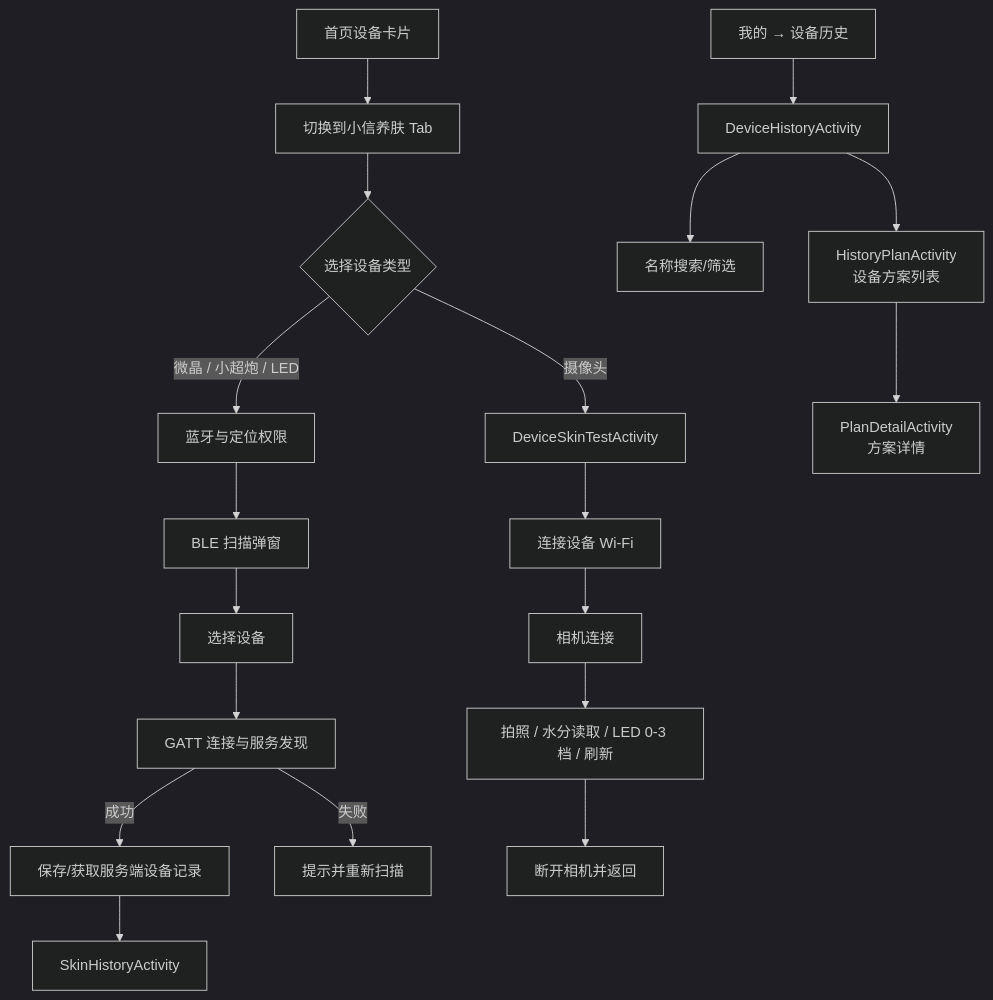
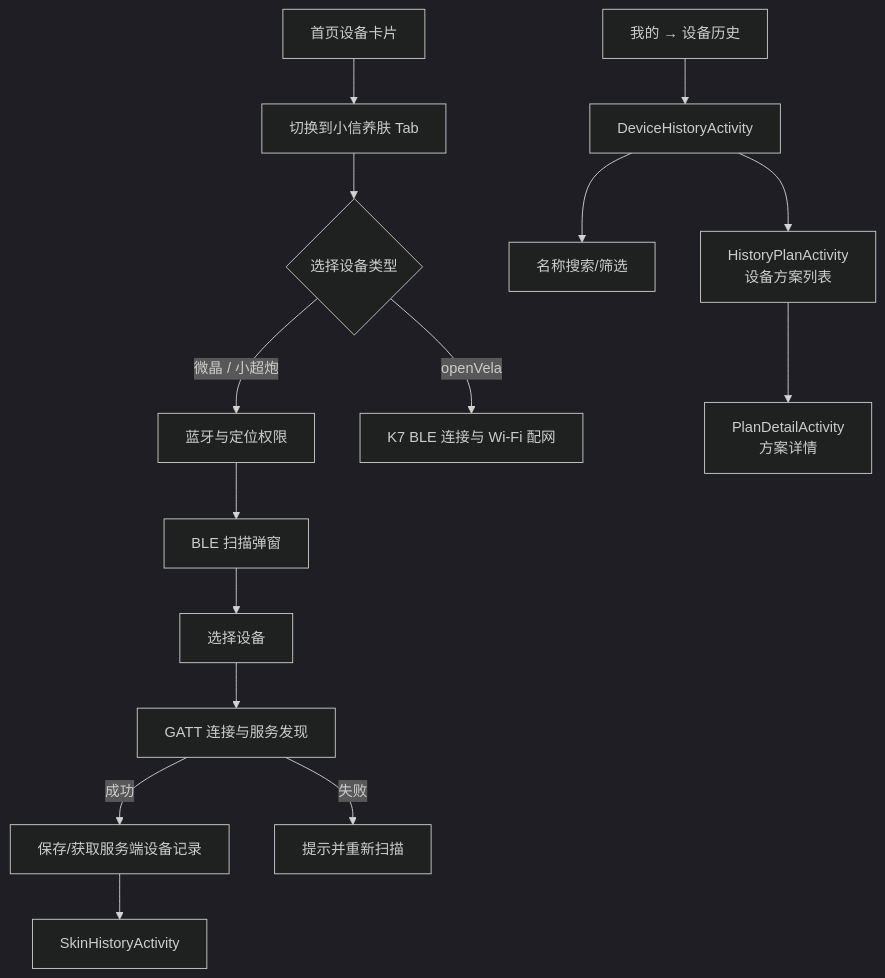
One commit to allenxun/contest2026_483_yuanxinshixisheng changed the sixth of 7 diagrams in fronted/docs/Aisia_Android_Overall_Flow.md. Above: the diagram before and after it, drawn with Mermaid (dark theme). The commit also changed other lines of this file and 68 other files, not shown here.

````diff
--- a/fronted/docs/Aisia_Android_Overall_Flow.md
+++ b/fronted/docs/Aisia_Android_Overall_Flow.md
@@ -174,23 +172,19 @@
 ```mermaid
 flowchart TD
     A["首页设备卡片"] --> K["切换到小信养肤 Tab"]
     K --> T{"选择设备类型"}
-    T -- "微晶 / 小超炮 / LED" --> PERM["蓝牙与定位权限"]
+    T -- "微晶 / 小超炮" --> PERM["蓝牙与定位权限"]
     PERM --> SCAN["BLE 扫描弹窗"]
     SCAN --> DEV["选择设备"]
     DEV --> CONN["GATT 连接与服务发现"]
     CONN -- "成功" --> SAVE["保存/获取服务端设备记录"]
     SAVE --> SH["SkinHistoryActivity"]
     CONN -- "失败" --> RETRY["提示并重新扫描"]
 
-    T -- "摄像头" --> CAMERA["DeviceSkinTestActivity"]
-    CAMERA --> WIFI["连接设备 Wi-Fi"]
-    WIFI --> CTRL["相机连接"]
-    CTRL --> ACT["拍照 / 水分读取 / LED 0-3 档 / 刷新"]
-    ACT --> BACK["断开相机并返回"]
+    T -- "openVela" --> K7["K7 BLE 连接与 Wi-Fi 配网"]
 
     M["我的 → 设备历史"] --> DH["DeviceHistoryActivity"]
     DH --> SEARCH["名称搜索/筛选"]
     DH --> HP["HistoryPlanActivity<br/>设备方案列表"]
     HP --> PD["PlanDetailActivity<br/>方案详情"]
 ```
````
